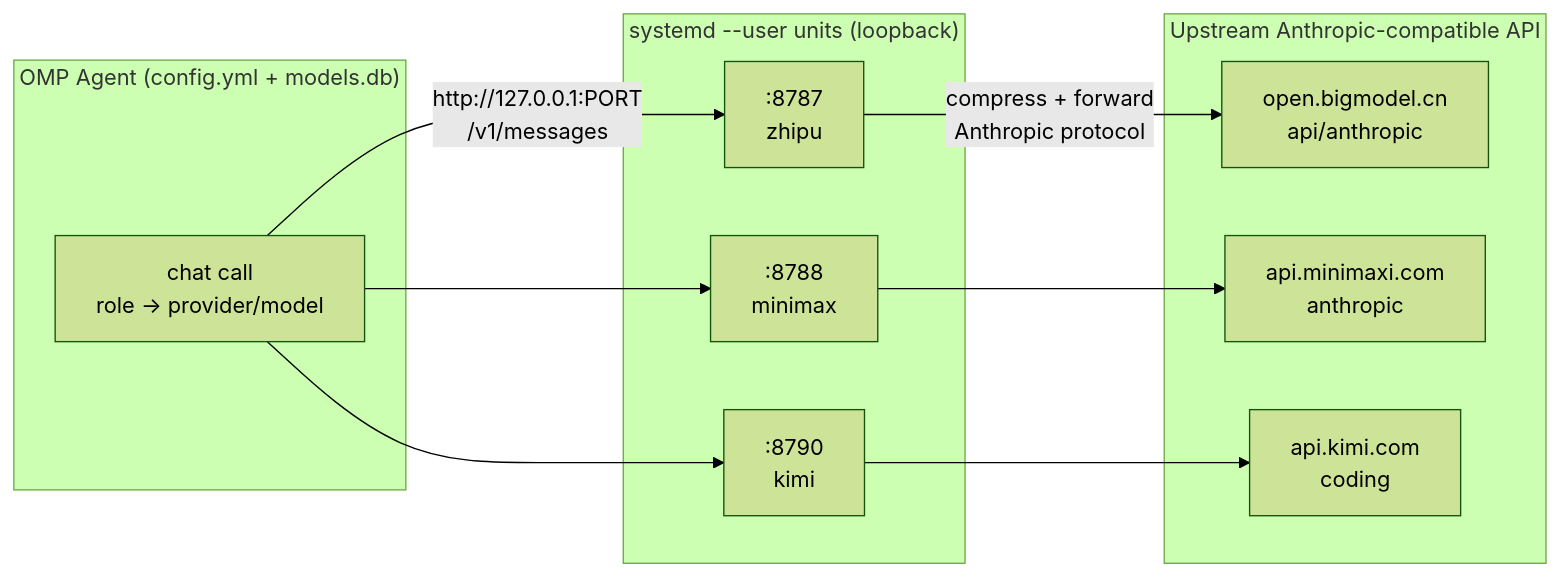
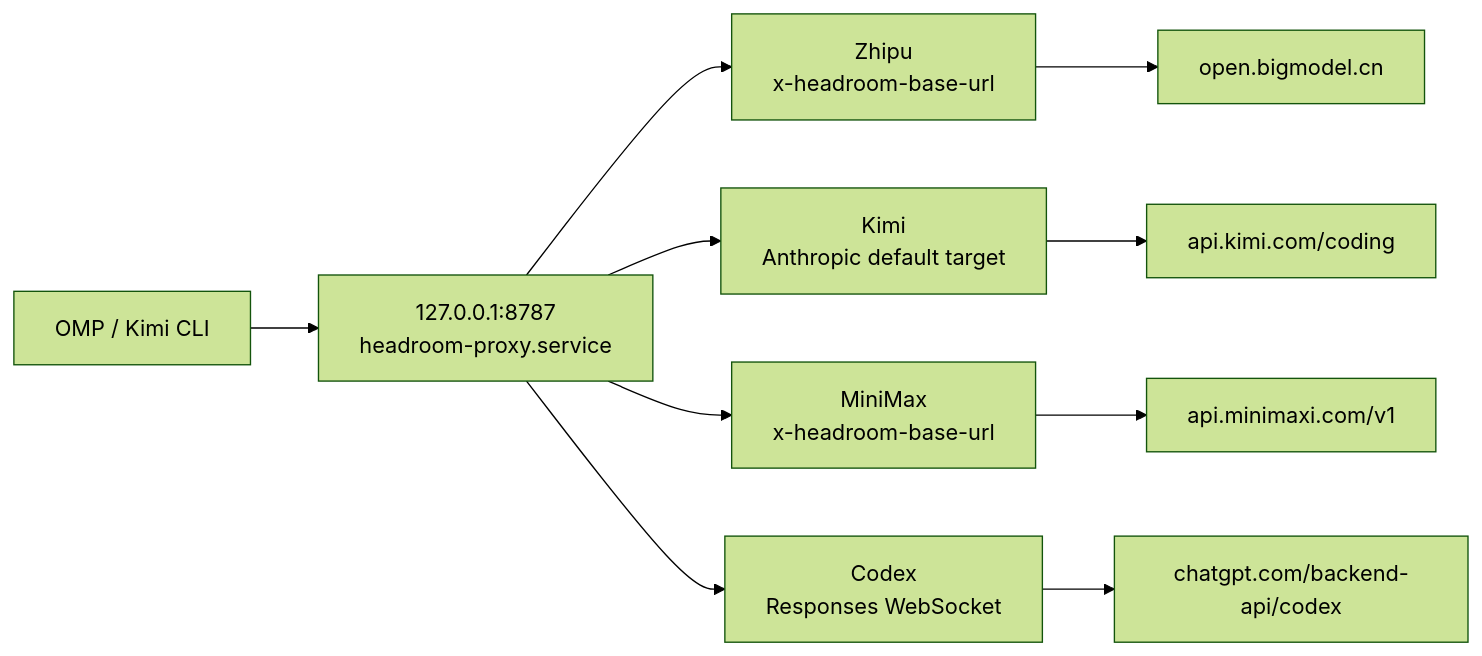
One commit to DavidHLP/DavidHLP.github.io changed the second of 6 diagrams in src/content/note/en/omp-config-and-rules-guide.md. Above: the diagram before and after it, drawn with Mermaid (forest theme). The commit also changed other lines of this file and 11 other files, not shown here.

First line of the commit message:
docs(note): expand OMP and Headroom guides

````diff
--- a/src/content/note/en/omp-config-and-rules-guide.md
+++ b/src/content/note/en/omp-config-and-rules-guide.md
@@ -254,22 +256,12 @@
 ```mermaid
 flowchart LR
-  subgraph OMP["OMP Agent (config.yml + models.db)"]
-    A["chat call<br/>role → provider/model"]
-  end
-  subgraph Headroom["systemd --user units (loopback)"]
-    Z[":8787<br/>zhipu"]
-    M[":8788<br/>minimax"]
-    K[":8790<br/>kimi"]
-  end
-  subgraph Upstream["Upstream Anthropic-compatible API"]
-    U1["open.bigmodel.cn<br/>api/anthropic"]
-    U2["api.minimaxi.com<br/>anthropic"]
-    U3["api.kimi.com<br/>coding"]
-  end
-  A -->|"http://127.0.0.1:PORT<br/>/v1/messages"| Z
-  A --> M
-  A --> K
-  Z -->|"compress + forward<br/>Anthropic protocol"| U1
-  M --> U2
-  K --> U3
+  A["OMP / Kimi CLI"] --> H["127.0.0.1:8787<br/>headroom-proxy.service"]
+  H --> Z["Zhipu<br/>x-headroom-base-url"]
+  H --> K["Kimi<br/>Anthropic default target"]
+  H --> M["MiniMax<br/>x-headroom-base-url"]
+  H --> C["Codex<br/>Responses WebSocket"]
+  Z --> ZU["open.bigmodel.cn"]
+  K --> KU["api.kimi.com/coding"]
+  M --> MU["api.minimaxi.com/v1"]
+  C --> CU["chatgpt.com/backend-api/codex"]
 ```
````
